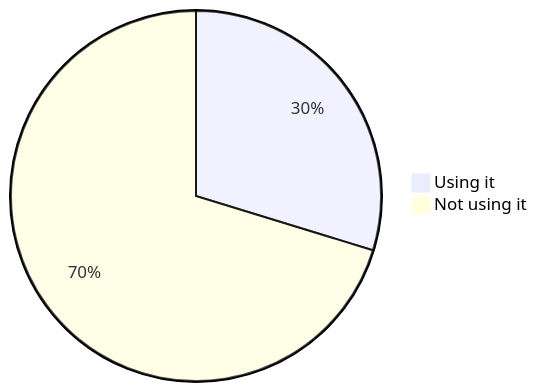
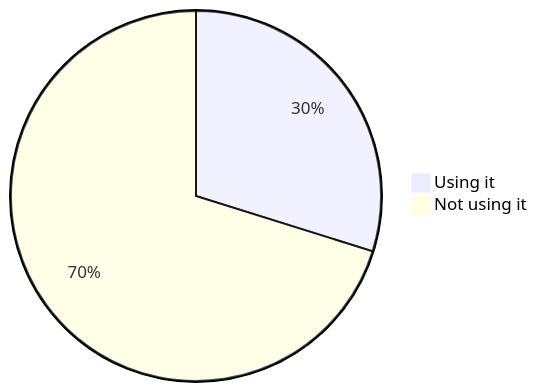
Before and after one commit to oshp/oshp-stats: diagram 15 of 22 in stats.md, drawn with Mermaid. The commit also changed other lines of this file, not shown here.

````diff
--- a/stats.md
+++ b/stats.md
@@ -178,6 +178,6 @@
 ```mermaid
 pie
-	"Using it" : 29.74
-	"Not using it" : 70.26
+	"Using it" : 29.83
+	"Not using it" : 70.17
 
 ```
````
